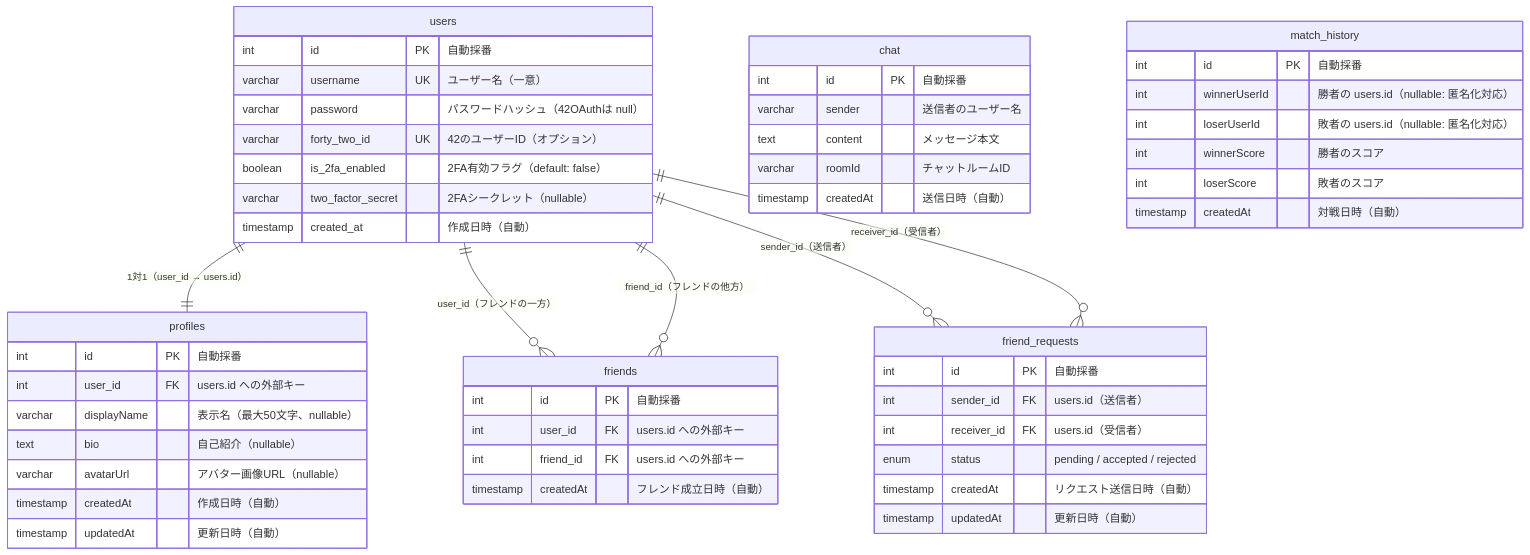
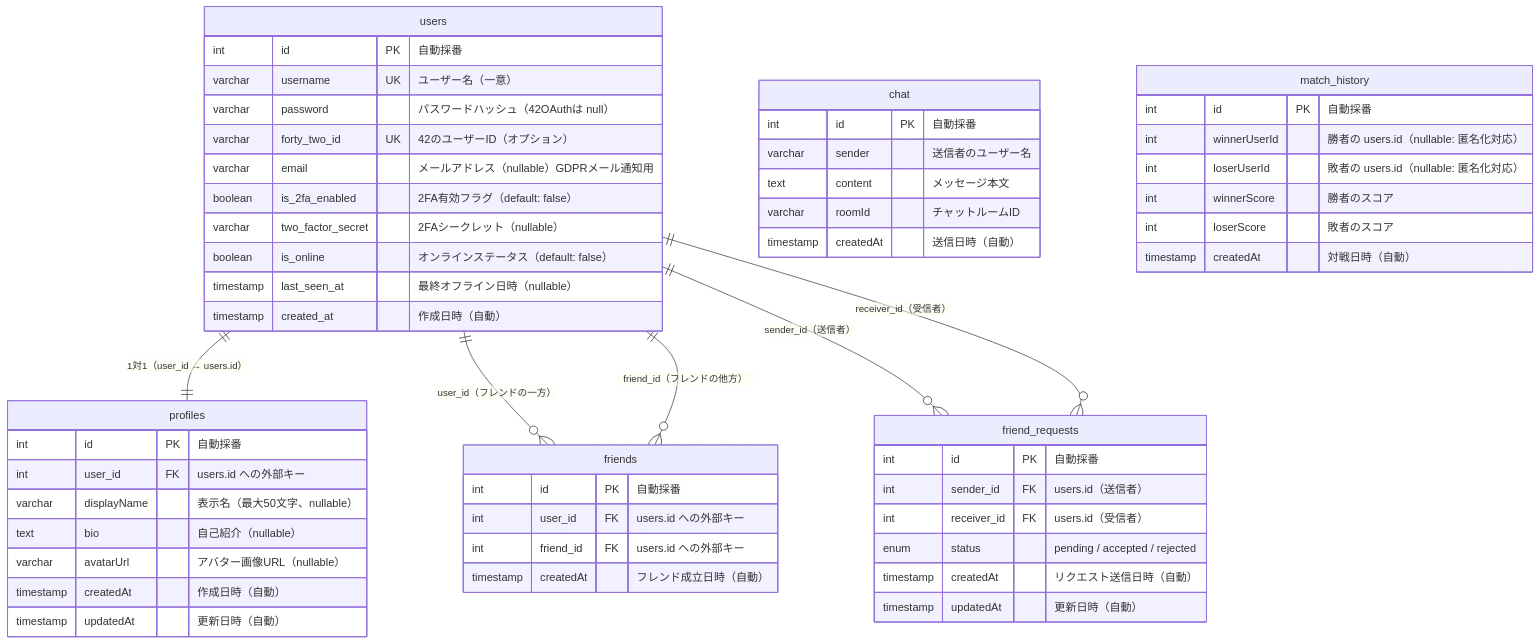
One commit to alex216/ft_transcendence changed the diagram in docs/er-diagram.md. Above: the diagram before and after it, drawn with Mermaid. The commit also changed other lines of this file and 1 other file, not shown here.

Commit message:
docs: 個人貢献の担当者修正・er-diagram.mdのDBカラム追記
- README（EN/JP両方）
  - モジュール#15（IV.5 WAF+Vault）の担当者を alex → sishizaw に修正
    （コミット 6ac1f83 / 49829b9 / c2a3c3b がすべて sishizaw 作）
  - モジュール#15の説明を「WAF + 秘密情報管理（ModSecurity + HashiCorp Vault）」
    に変更（PDF IV.5 は ModSecurity と Vault の両方を要件とする1つのモジュール）
  - sishizaw 個人貢献：WAF統合・Vault修正・Nginx healthcheck を追記
  - alex 個人貢献：誤って追記したWAF記述を削除、オンラインステータスの
    各コミット（f85a812 / 73f44db / 1906f29）と他ユーザープロフィール
    モーダル（f05f0ea / cf8ead9）を正確に記載
  - Federico 個人貢献：PR #93 の再接続メッセージ修正3件を追記
  - SecurityテーブルにVault行を追加
  - Module Selection RationaleのWAF+Vault説明を更新

- docs/er-diagram.md
  - users テーブルの Mermaid ER 図に email / is_online / last_seen_at を追記
    （PR #90 / #92 でエンティティに追加されたカラム）
  - 制約一覧に is_online の DEFAULT false を追記

````diff
--- a/docs/er-diagram.md
+++ b/docs/er-diagram.md
@@ -16,61 +16,64 @@
 ```mermaid
 erDiagram
     users {
         int id PK "自動採番"
         varchar username UK "ユーザー名（一意）"
         varchar password "パスワードハッシュ（42OAuthは null）"
         varchar forty_two_id UK "42のユーザーID（オプション）"
+        varchar email "メールアドレス（nullable）GDPRメール通知用"
         boolean is_2fa_enabled "2FA有効フラグ（default: false）"
         varchar two_factor_secret "2FAシークレット（nullable）"
+        boolean is_online "オンラインステータス（default: false）"
+        timestamp last_seen_at "最終オフライン日時（nullable）"
         timestamp created_at "作成日時（自動）"
     }
 
     profiles {
         int id PK "自動採番"
         int user_id FK "users.id への外部キー"
         varchar displayName "表示名（最大50文字、nullable）"
         text bio "自己紹介（nullable）"
         varchar avatarUrl "アバター画像URL（nullable）"
         timestamp createdAt "作成日時（自動）"
         timestamp updatedAt "更新日時（自動）"
     }
 
     friends {
         int id PK "自動採番"
         int user_id FK "users.id への外部キー"
         int friend_id FK "users.id への外部キー"
         timestamp createdAt "フレンド成立日時（自動）"
     }
 
     friend_requests {
         int id PK "自動採番"
         int sender_id FK "users.id（送信者）"
         int receiver_id FK "users.id（受信者）"
         enum status "pending / accepted / rejected"
         timestamp createdAt "リクエスト送信日時（自動）"
         timestamp updatedAt "更新日時（自動）"
     }
 
     chat {
         int id PK "自動採番"
         varchar sender "送信者のユーザー名"
         text content "メッセージ本文"
         varchar roomId "チャットルームID"
         timestamp createdAt "送信日時（自動）"
     }
 
     match_history {
         int id PK "自動採番"
         int winnerUserId "勝者の users.id（nullable: 匿名化対応）"
         int loserUserId "敗者の users.id（nullable: 匿名化対応）"
         int winnerScore "勝者のスコア"
         int loserScore "敗者のスコア"
         timestamp createdAt "対戦日時（自動）"
     }
 
     users ||--|| profiles : "1対1（user_id → users.id）"
     users ||--o{ friends : "user_id（フレンドの一方）"
     users ||--o{ friends : "friend_id（フレンドの他方）"
     users ||--o{ friend_requests : "sender_id（送信者）"
     users ||--o{ friend_requests : "receiver_id（受信者）"
 ```
````
